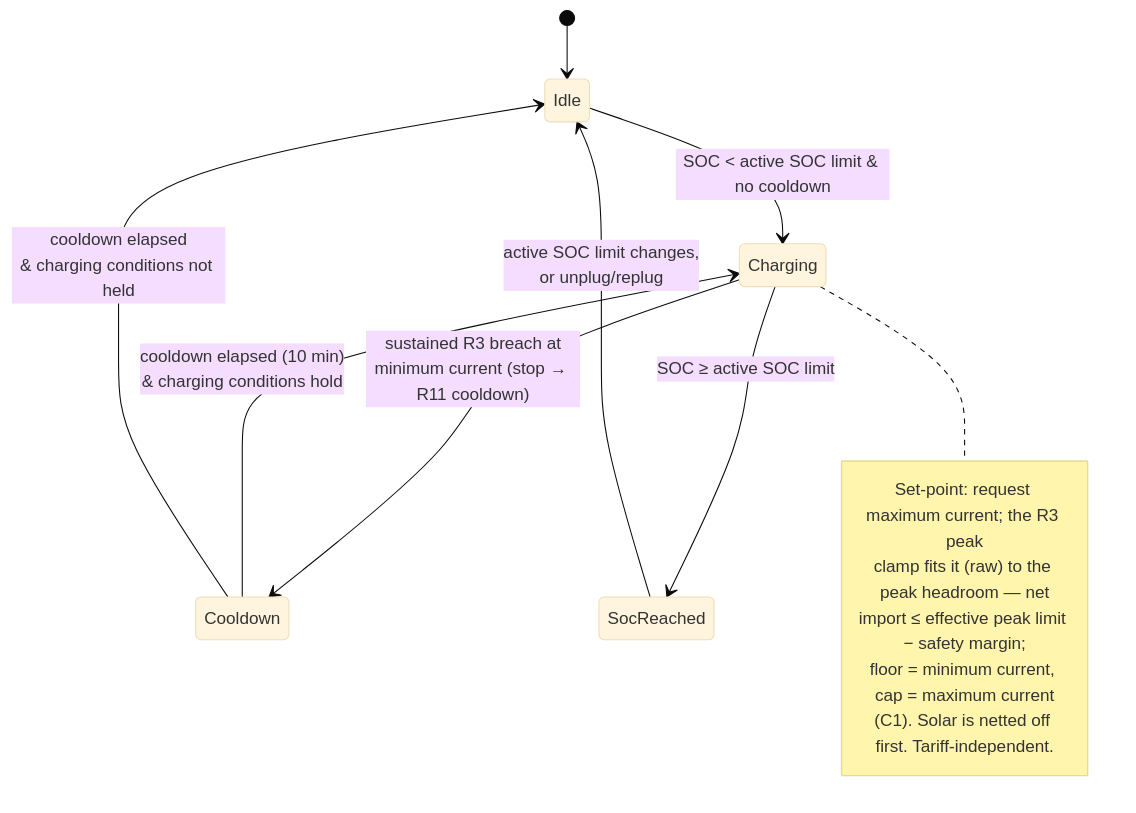
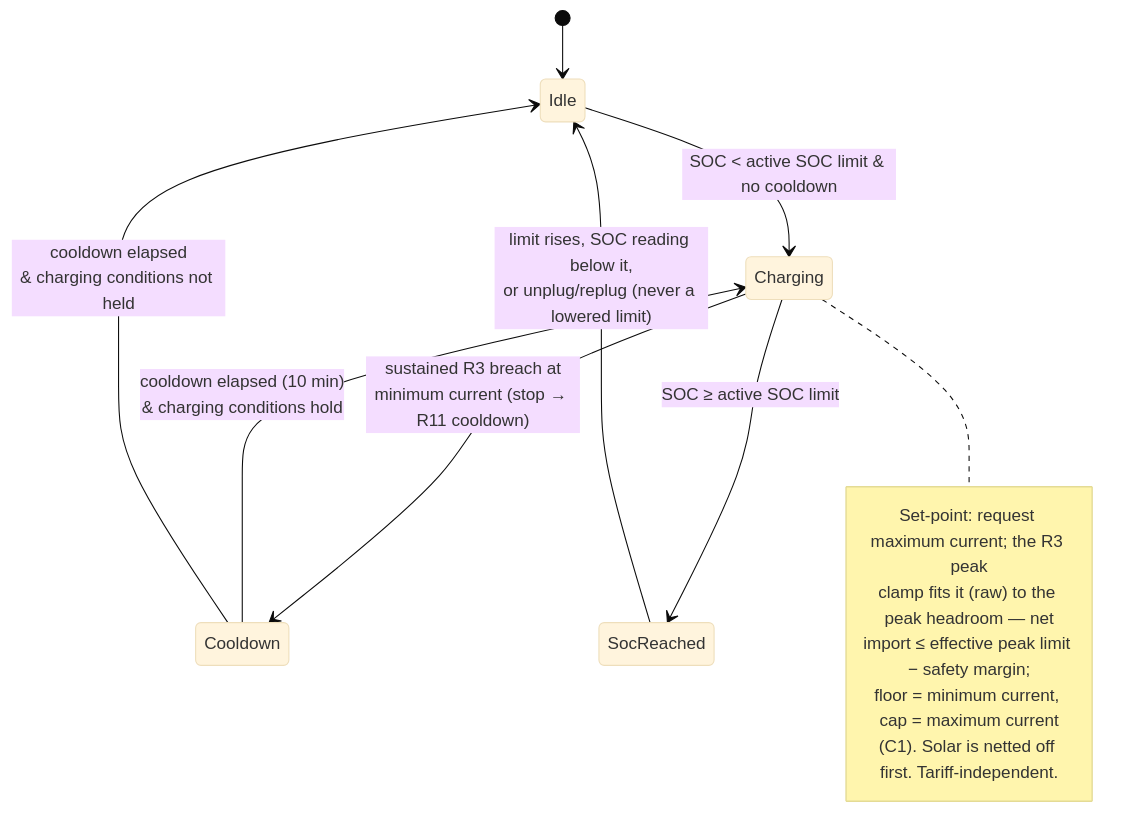
One commit to kristofdegrave/homeassistant-smart-charging changed the diagram in docs/analysis/use-cases/UC03-charge-from-grid-within-captar-limit.md. Above: the diagram before and after it, drawn with Mermaid (base theme). The commit also changed other lines of this file and 5 other files, not shown here.

First line of the commit message:
requirement: a stop at the SOC limit ends when the limit rises, not when it changes (R7 AC5, UC01-UC04)

````diff
--- a/docs/analysis/use-cases/UC03-charge-from-grid-within-captar-limit.md
+++ b/docs/analysis/use-cases/UC03-charge-from-grid-within-captar-limit.md
@@ -118,17 +118,17 @@
 ```mermaid
 stateDiagram-v2
     [*] --> Idle
     Idle --> Charging: SOC < active SOC limit & no cooldown
     Charging --> Cooldown: sustained R3 breach at<br/>minimum current (stop → R11 cooldown)
     Charging --> SocReached: SOC ≥ active SOC limit
     Cooldown --> Charging: cooldown elapsed (10 min)<br/>& charging conditions hold
     Cooldown --> Idle: cooldown elapsed<br/>& charging conditions not held
-    SocReached --> Idle: active SOC limit changes,<br/>or unplug/replug
+    SocReached --> Idle: limit rises, SOC reading below it,<br/>or unplug/replug (never a lowered limit)
     note right of Charging
         Set-point: request maximum current; the R3 peak
         clamp fits it (raw) to the peak headroom — net
         import ≤ effective peak limit − safety margin;
         floor = minimum current, cap = maximum current
         (C1). Solar is netted off first. Tariff-independent.
     end note
 ```
````
